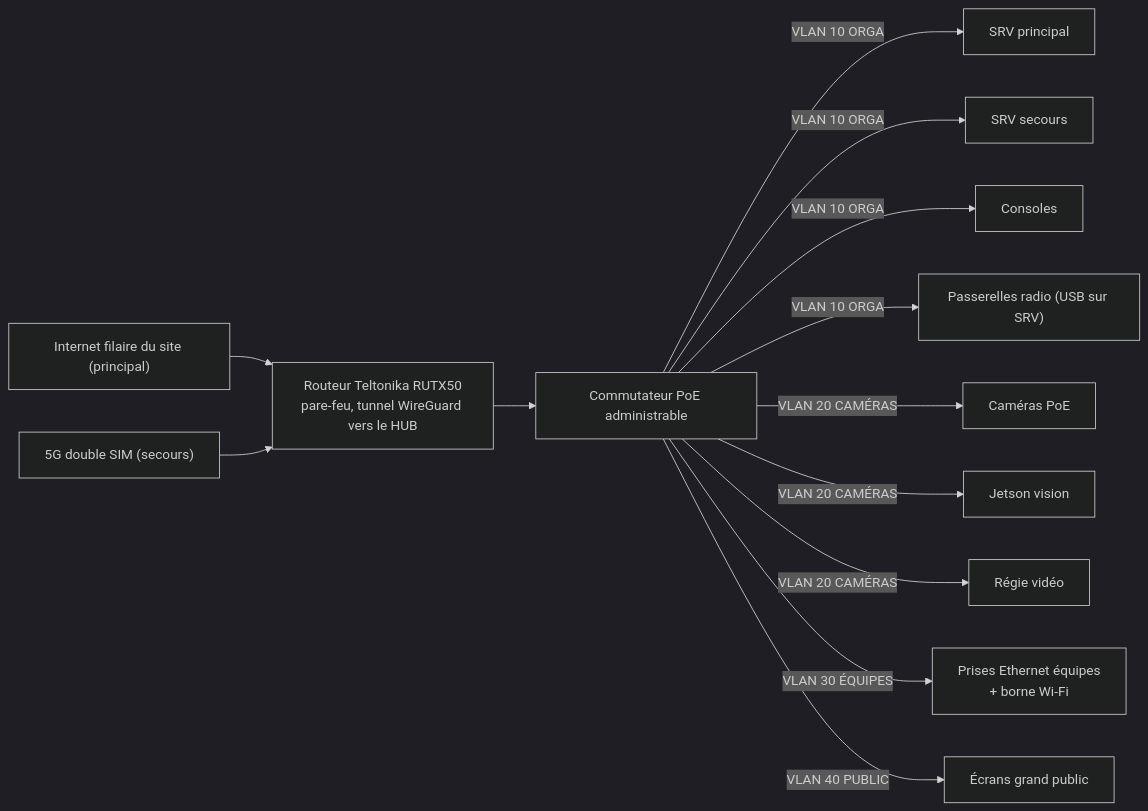
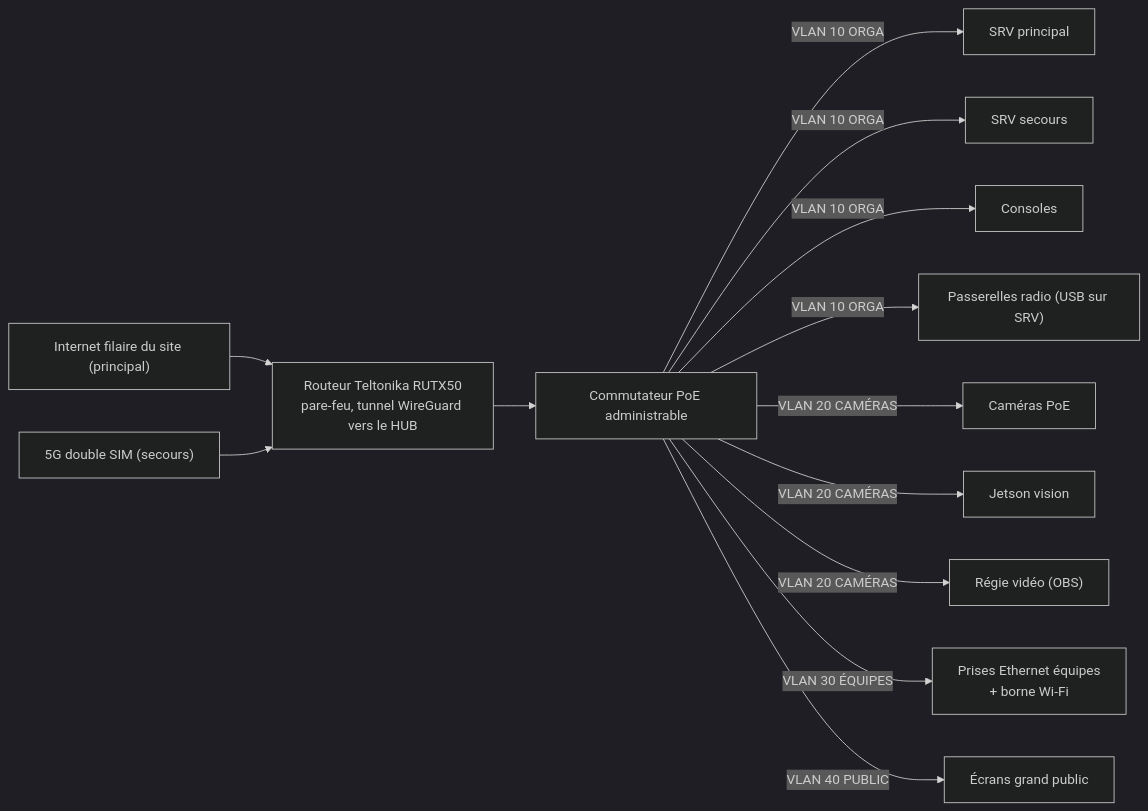
Before and after one commit to romaindetroyat/AIregatta: the third of 3 diagrams in docs/architecture-materiel-communications.md, drawn with Mermaid (dark theme). The commit also changed other lines of this file and 18 other files, not shown here.

````diff
--- a/docs/architecture-materiel-communications.md
+++ b/docs/architecture-materiel-communications.md
@@ -384,10 +383,10 @@
 ```mermaid
 flowchart LR
   INET1["Internet filaire du site (principal)"] --> RTR
   INET2["5G double SIM (secours)"] --> RTR
   RTR["Routeur Teltonika RUTX50<br/>pare-feu, tunnel WireGuard vers le HUB"] --> SW["Commutateur PoE administrable"]
   SW -- "VLAN 10 ORGA" --> SRV1["SRV principal"] & SRV2["SRV secours"] & CONS["Consoles"] & GWs["Passerelles radio (USB sur SRV)"]
-  SW -- "VLAN 20 CAMÉRAS" --> CAMS["Caméras PoE"] & JET["Jetson vision"] & ATEM["Régie vidéo"]
+  SW -- "VLAN 20 CAMÉRAS" --> CAMS["Caméras PoE"] & JET["Jetson vision"] & REG["Régie vidéo (OBS)"]
   SW -- "VLAN 30 ÉQUIPES" --> TEAMSW["Prises Ethernet équipes<br/>+ borne Wi-Fi"]
   SW -- "VLAN 40 PUBLIC" --> SCR["Écrans grand public"]
 ```
````
